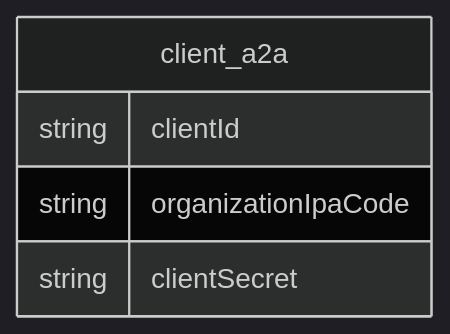
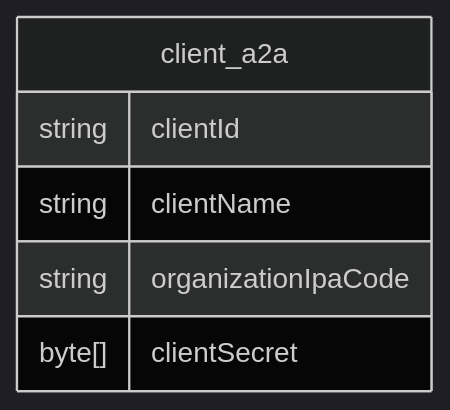
Before and after one commit to pagopa/p4pa-doc: the diagram in design/a2a/er_client_a2a.mmd, drawn with Mermaid (dark theme).

Commit message:
P4ADEV-787 dr machine 2 machine

```diff
--- a/design/a2a/er_client_a2a.mmd
+++ b/design/a2a/er_client_a2a.mmd
@@ -1,6 +1,7 @@
 erDiagram
     client_a2a {
         string clientId
+        string clientName
         string organizationIpaCode
-        string clientSecret
+        byte[] clientSecret
     }
```
